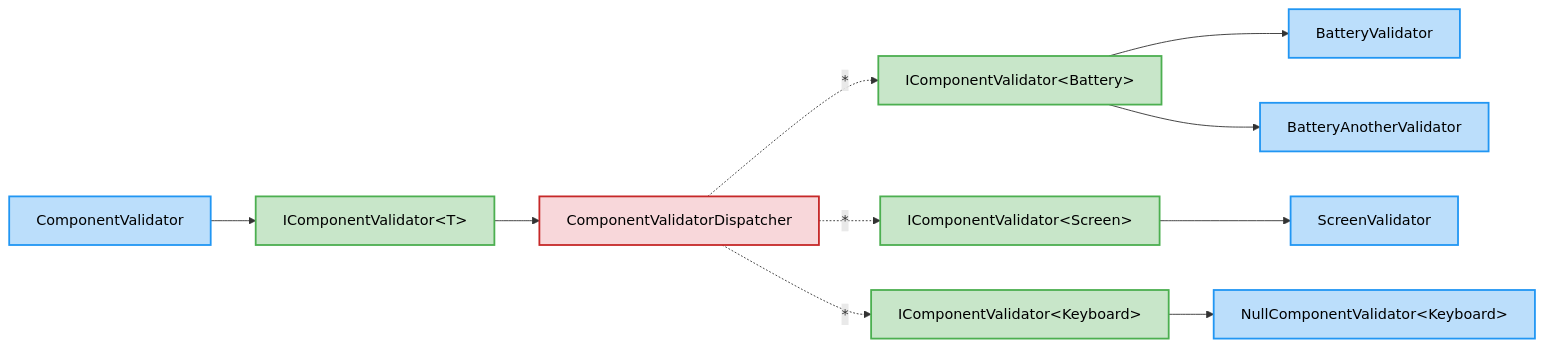
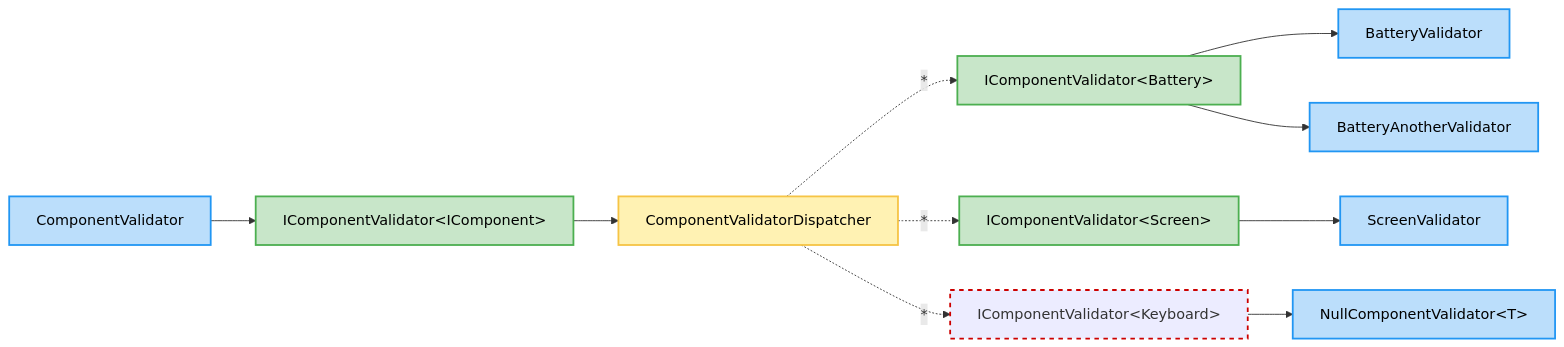
One commit to arika0093/Qudi changed the tenth of 11 diagrams in README.md. Above: the diagram before and after it, drawn with Mermaid. The commit also changed other lines of this file, not shown here.

Commit message:
feat: enhance component validation documentation with new diagrams and examples

````diff
--- a/README.md
+++ b/README.md
@@ -1793,38 +1793,37 @@
 ```mermaid
 flowchart LR
-    IComponentValidator_T_["IComponentValidator#lt;T#gt;"]
+    NullComponentValidator_T_["NullComponentValidator#lt;T#gt;"]
     BatteryValidator["BatteryValidator"]
     IComponentValidator_Battery_["IComponentValidator#lt;Battery#gt;"]
     BatteryAnotherValidator["BatteryAnotherValidator"]
     ScreenValidator["ScreenValidator"]
     IComponentValidator_Screen_["IComponentValidator#lt;Screen#gt;"]
     ComponentValidator["ComponentValidator"]
+    IComponentValidator_IComponent_["IComponentValidator#lt;IComponent#gt;"]
     ComponentValidatorDispatcher["ComponentValidatorDispatcher"]
-    IComponentValidator_Keyboard_["IComponentValidator#lt;Keyboard#gt;"] 
-    NullComponentValidator_Keyboard_["NullComponentValidator#lt;Keyboard#gt;"]
-    ComponentValidator --> IComponentValidator_T_
+    IComponentValidator_Keyboard_["IComponentValidator#lt;Keyboard#gt;"]
     IComponentValidator_Battery_ --> BatteryValidator
     IComponentValidator_Battery_ --> BatteryAnotherValidator
     IComponentValidator_Screen_ --> ScreenValidator
-    IComponentValidator_T_ --> ComponentValidatorDispatcher
+    ComponentValidator --> IComponentValidator_IComponent_
+    IComponentValidator_IComponent_ --> ComponentValidatorDispatcher
     ComponentValidatorDispatcher -.->|"*"| IComponentValidator_Battery_
     ComponentValidatorDispatcher -.->|"*"| IComponentValidator_Screen_
     ComponentValidatorDispatcher -.->|"*"| IComponentValidator_Keyboard_
-    IComponentValidator_Keyboard_ --> NullComponentValidator_Keyboard_
+    IComponentValidator_Keyboard_ --> NullComponentValidator_T_
+    classDef missing stroke:#c00,stroke-width:2px,stroke-dasharray:5 5;
+    class IComponentValidator_Keyboard_ missing;
     classDef interface fill:#c8e6c9,stroke:#4caf50,stroke-width:2px,color:#000;
-    class IComponentValidator_T_ interface;
     class IComponentValidator_Battery_ interface;
     class IComponentValidator_Screen_ interface;
-    class IComponentValidator_Keyboard_ interface;
+    class IComponentValidator_IComponent_ interface;
     classDef cls fill:#bbdefb,stroke:#2196f3,stroke-width:2px,color:#000;
     class NullComponentValidator_T_ cls;
     class BatteryValidator cls;
     class BatteryAnotherValidator cls;
     class ScreenValidator cls;
     class ComponentValidator cls;
-    class NullComponentValidator_Keyboard_ cls;
-    class ComponentValidatorDispatcher_Keyboard_ cls;
-    classDef composite fill:#f8d7da,stroke:#c62828,stroke-width:2px,color:#000;
-    class ComponentValidatorDispatcher composite;
+    classDef dispatcher fill:#fff2b3,stroke:#f6c445,stroke-width:2px,color:#000;
+    class ComponentValidatorDispatcher dispatcher;
 
 ```
````
